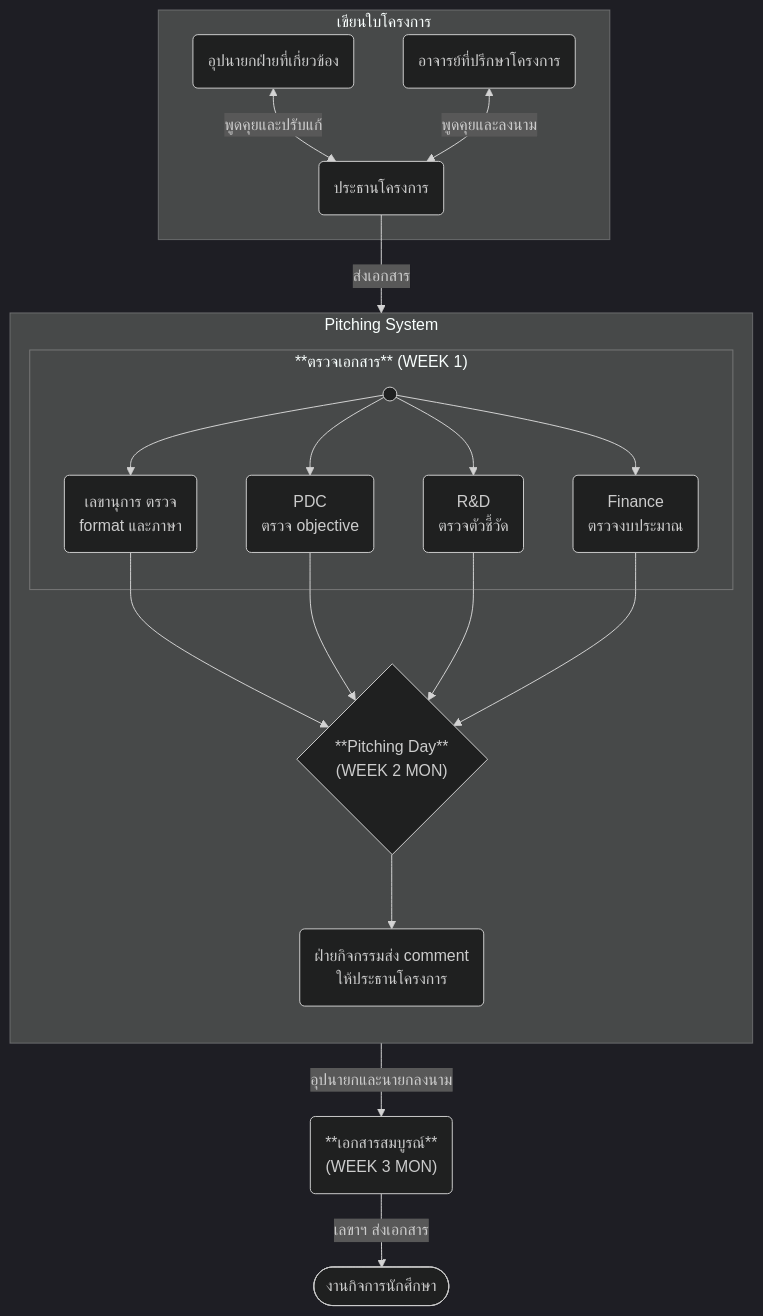
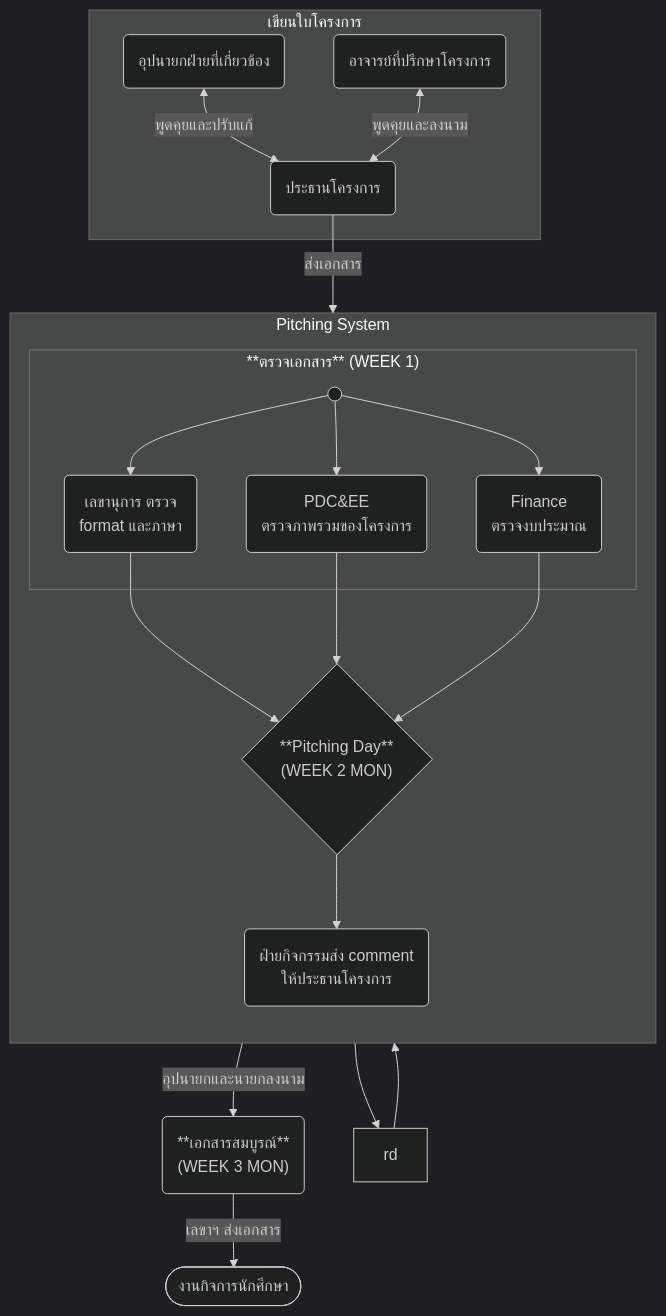
One commit to SMSUDev/guide changed the first of 2 diagrams in sop/project/pitching.mdx. Above: the diagram before and after it, drawn with Mermaid (dark theme). The commit also changed other lines of this file and 5 other files, not shown here.

````diff
--- a/sop/project/pitching.mdx
+++ b/sop/project/pitching.mdx
@@ -11,38 +11,36 @@
 ```mermaid
 flowchart TB
 subgraph pre[เขียนใบโครงการ]
   director(ประธานโครงการ)
   oops(อุปนายกฝ่ายที่เกี่ยวข้อง)
   advisor(อาจารย์ที่ปรึกษาโครงการ)
 end
 subgraph pitch[Pitching System]
 direction TB
   subgraph committee["**ตรวจเอกสาร** (WEEK 1)"]
     start@{ shape: sm-circ }
     sec(เลขานุการ ตรวจ
     format และภาษา)
-    pdc(PDC
-    ตรวจ objective)
-    rd(R&D
-    ตรวจตัวชี้วัด)
+    pdc(PDC&EE
+    ตรวจภาพรวมของโครงการ)
     fin(Finance
     ตรวจงบประมาณ)
   end
   pitchday{"**Pitching Day**
   (WEEK 2 MON)"}
   comment(ฝ่ายกิจกรรมส่ง comment
   ให้ประธานโครงการ)
 end
 complete("**เอกสารสมบูรณ์**
 (WEEK 3 MON)")
 sisd([งานกิจการนักศึกษา])
 
 oops <--พูดคุยและปรับแก้--> director
 advisor <--พูดคุยและลงนาม--> director
 director --ส่งเอกสาร--> pitch
 start --> sec & pdc & rd & fin
 sec & pdc & rd & fin --> pitchday
 pitchday --> comment
 pitch --อุปนายกและนายกลงนาม--> complete
 complete --เลขาฯ ส่งเอกสาร--> sisd
 ```
````
